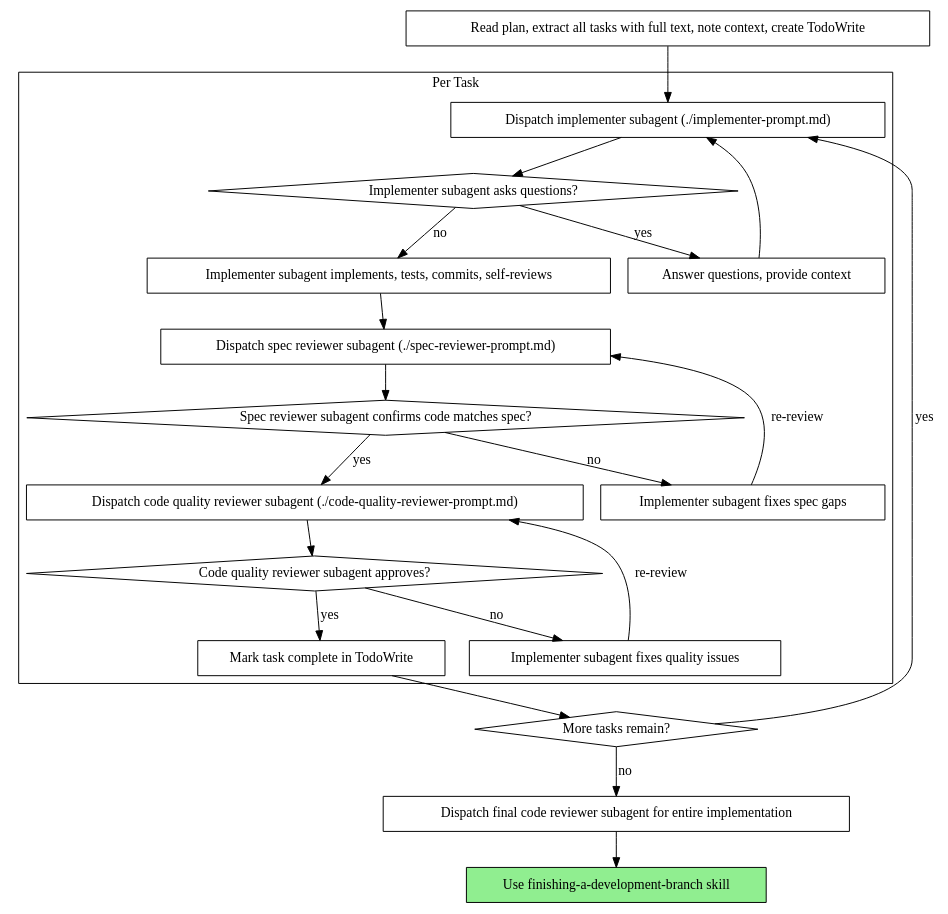
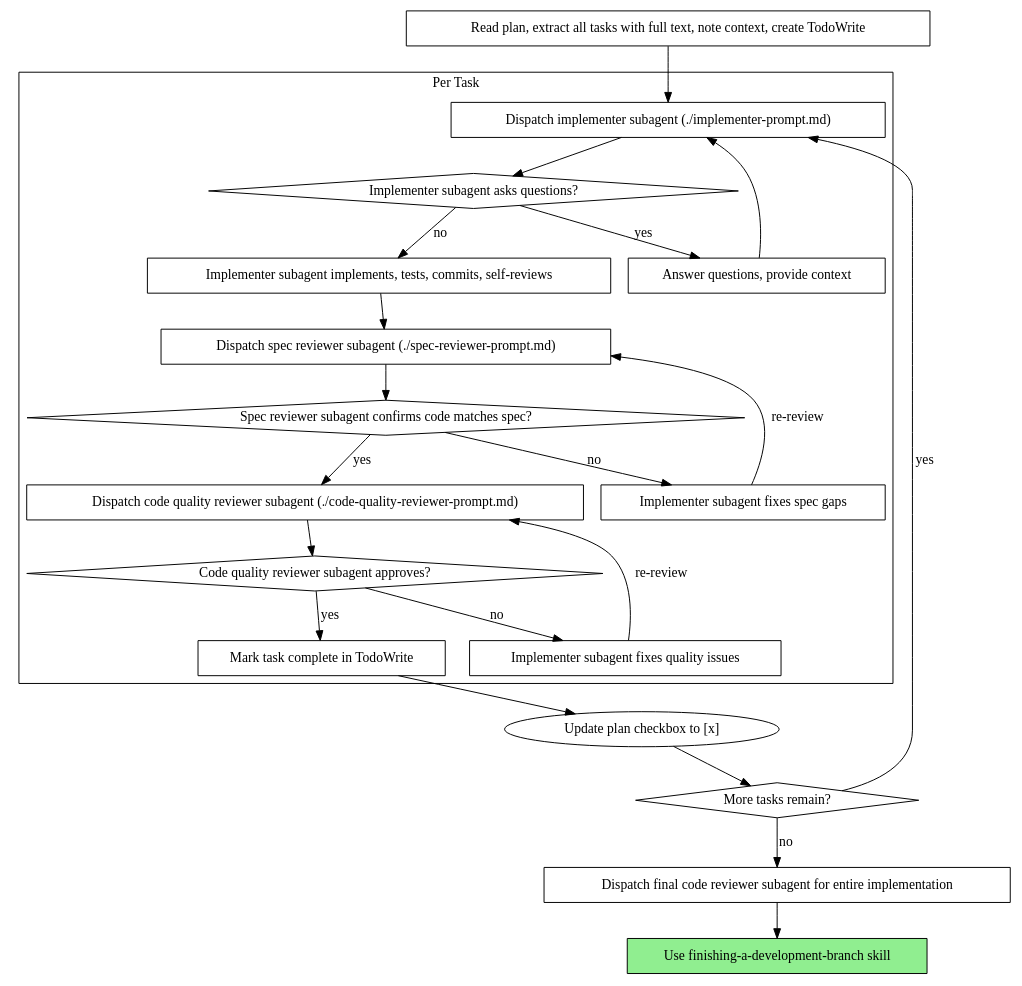
Before and after one commit to xhyqaq/agentic-delivery: the second of 2 diagrams in skills/subagent-driven-development/SKILL.md, drawn with Graphviz. The commit also changed other lines of this file and 14 other files, not shown here.

````diff
--- a/skills/subagent-driven-development/SKILL.md
+++ b/skills/subagent-driven-development/SKILL.md
@@ -42,44 +46,45 @@
 ```dot
 digraph process {
     rankdir=TB;
 
     subgraph cluster_per_task {
         label="Per Task";
         "Dispatch implementer subagent (./implementer-prompt.md)" [shape=box];
         "Implementer subagent asks questions?" [shape=diamond];
         "Answer questions, provide context" [shape=box];
         "Implementer subagent implements, tests, commits, self-reviews" [shape=box];
         "Dispatch spec reviewer subagent (./spec-reviewer-prompt.md)" [shape=box];
         "Spec reviewer subagent confirms code matches spec?" [shape=diamond];
         "Implementer subagent fixes spec gaps" [shape=box];
         "Dispatch code quality reviewer subagent (./code-quality-reviewer-prompt.md)" [shape=box];
         "Code quality reviewer subagent approves?" [shape=diamond];
         "Implementer subagent fixes quality issues" [shape=box];
         "Mark task complete in TodoWrite" [shape=box];
     }
 
     "Read plan, extract all tasks with full text, note context, create TodoWrite" [shape=box];
     "More tasks remain?" [shape=diamond];
     "Dispatch final code reviewer subagent for entire implementation" [shape=box];
     "Use finishing-a-development-branch skill" [shape=box style=filled fillcolor=lightgreen];
 
     "Read plan, extract all tasks with full text, note context, create TodoWrite" -> "Dispatch implementer subagent (./implementer-prompt.md)";
     "Dispatch implementer subagent (./implementer-prompt.md)" -> "Implementer subagent asks questions?";
     "Implementer subagent asks questions?" -> "Answer questions, provide context" [label="yes"];
     "Answer questions, provide context" -> "Dispatch implementer subagent (./implementer-prompt.md)";
     "Implementer subagent asks questions?" -> "Implementer subagent implements, tests, commits, self-reviews" [label="no"];
     "Implementer subagent implements, tests, commits, self-reviews" -> "Dispatch spec reviewer subagent (./spec-reviewer-prompt.md)";
     "Dispatch spec reviewer subagent (./spec-reviewer-prompt.md)" -> "Spec reviewer subagent confirms code matches spec?";
     "Spec reviewer subagent confirms code matches spec?" -> "Implementer subagent fixes spec gaps" [label="no"];
     "Implementer subagent fixes spec gaps" -> "Dispatch spec reviewer subagent (./spec-reviewer-prompt.md)" [label="re-review"];
     "Spec reviewer subagent confirms code matches spec?" -> "Dispatch code quality reviewer subagent (./code-quality-reviewer-prompt.md)" [label="yes"];
     "Dispatch code quality reviewer subagent (./code-quality-reviewer-prompt.md)" -> "Code quality reviewer subagent approves?";
     "Code quality reviewer subagent approves?" -> "Implementer subagent fixes quality issues" [label="no"];
     "Implementer subagent fixes quality issues" -> "Dispatch code quality reviewer subagent (./code-quality-reviewer-prompt.md)" [label="re-review"];
     "Code quality reviewer subagent approves?" -> "Mark task complete in TodoWrite" [label="yes"];
-    "Mark task complete in TodoWrite" -> "More tasks remain?";
+    "Mark task complete in TodoWrite" -> "Update plan checkbox to [x]";
+    "Update plan checkbox to [x]" -> "More tasks remain?";
     "More tasks remain?" -> "Dispatch implementer subagent (./implementer-prompt.md)" [label="yes"];
     "More tasks remain?" -> "Dispatch final code reviewer subagent for entire implementation" [label="no"];
     "Dispatch final code reviewer subagent for entire implementation" -> "Use finishing-a-development-branch skill";
 }
 ```
````
